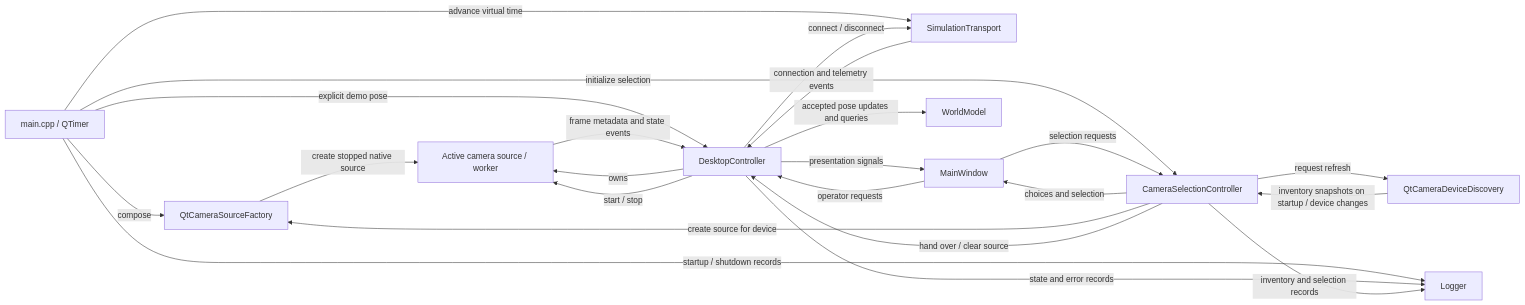
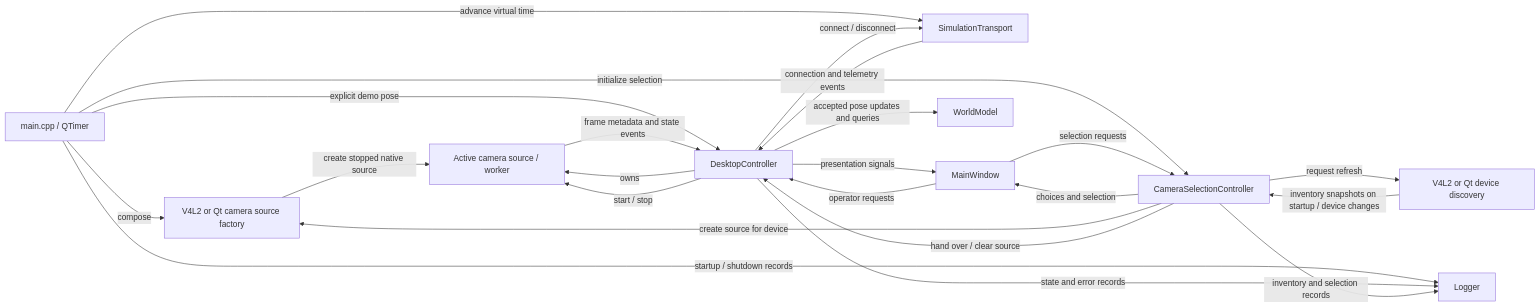
The diagram in Mini_Robot/docs/overview/architecture.md (Krzys2002/Mini_Robot), drawn with Mermaid before and after one commit. The commit also changed other lines of this file and 11 other files, not shown here.

````diff
--- a/Mini_Robot/docs/overview/architecture.md
+++ b/Mini_Robot/docs/overview/architecture.md
@@ -72,25 +75,25 @@
 ```mermaid
 flowchart LR
-    Main[main.cpp / QTimer] -->|compose| Factory[QtCameraSourceFactory]
+    Main[main.cpp / QTimer] -->|compose| Factory[V4L2 or Qt camera source factory]
     Factory -->|create stopped native source| Camera[Active camera source / worker]
     Main -->|advance virtual time| Transport[SimulationTransport]
     Main -->|initialize selection| Selection[CameraSelectionController]
-    Selection -->|request refresh| Discovery[QtCameraDeviceDiscovery]
+    Selection -->|request refresh| Discovery[V4L2 or Qt device discovery]
     Discovery -->|inventory snapshots on startup / device changes| Selection
     Selection -->|choices and selection| UI[MainWindow]
     UI -->|selection requests| Selection
     Selection -->|create source for device| Factory
     Selection -->|hand over / clear source| Controller
     Main -->|explicit demo pose| Controller[DesktopController]
     Controller -->|owns| Camera
     Camera -->|frame metadata and state events| Controller
     Transport -->|connection and telemetry events| Controller
     UI -->|operator requests| Controller
     Controller -->|start / stop| Camera
     Controller -->|connect / disconnect| Transport
     Controller -->|accepted pose updates and queries| World[WorldModel]
     Controller -->|presentation signals| UI
     Main -->|startup / shutdown records| Log[Logger]
     Controller -->|state and error records| Log
     Selection -->|inventory and selection records| Log
 ```
````
